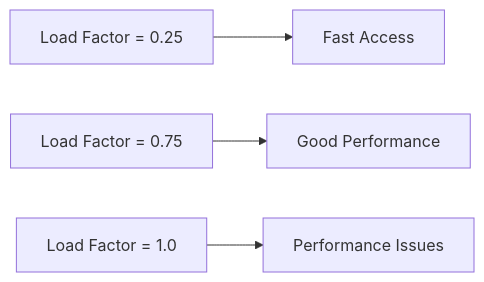
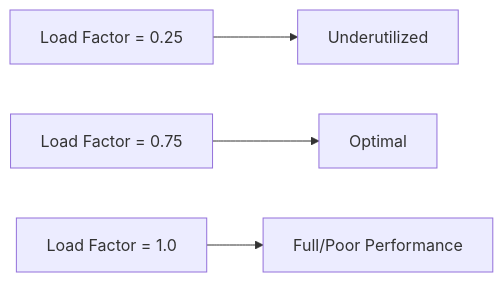
Before and after one commit to khieu-dv/vievlog: the third of 3 diagrams in src/content/soft-skills/dsa/bai-6.mdx, drawn with Mermaid. The commit also changed other lines of this file and 8 other files, not shown here.

````diff
--- a/src/content/soft-skills/dsa/bai-6.mdx
+++ b/src/content/soft-skills/dsa/bai-6.mdx
@@ -296,6 +256,6 @@
 ```mermaid
 graph LR
-    A[Load Factor = 0.25] --> B[Fast Access]
-    C[Load Factor = 0.75] --> D[Good Performance]
-    E[Load Factor = 1.0] --> F[Performance Issues]
+    A[Load Factor = 0.25] --> B[Underutilized]
+    C[Load Factor = 0.75] --> D[Optimal]
+    E[Load Factor = 1.0] --> F[Full/Poor Performance]
 ```
````
